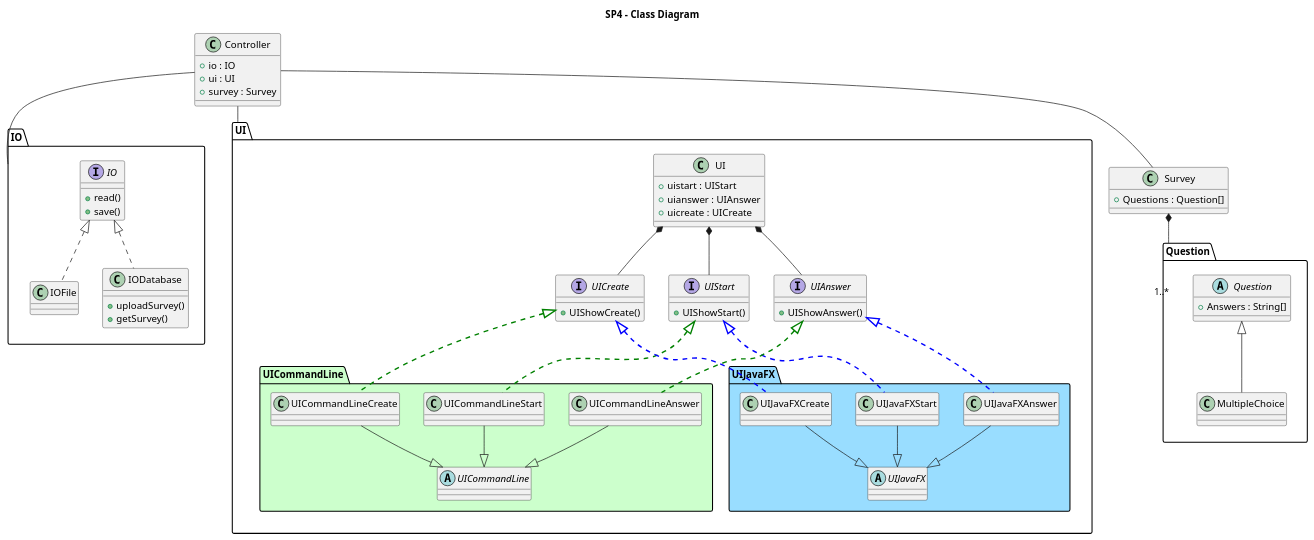
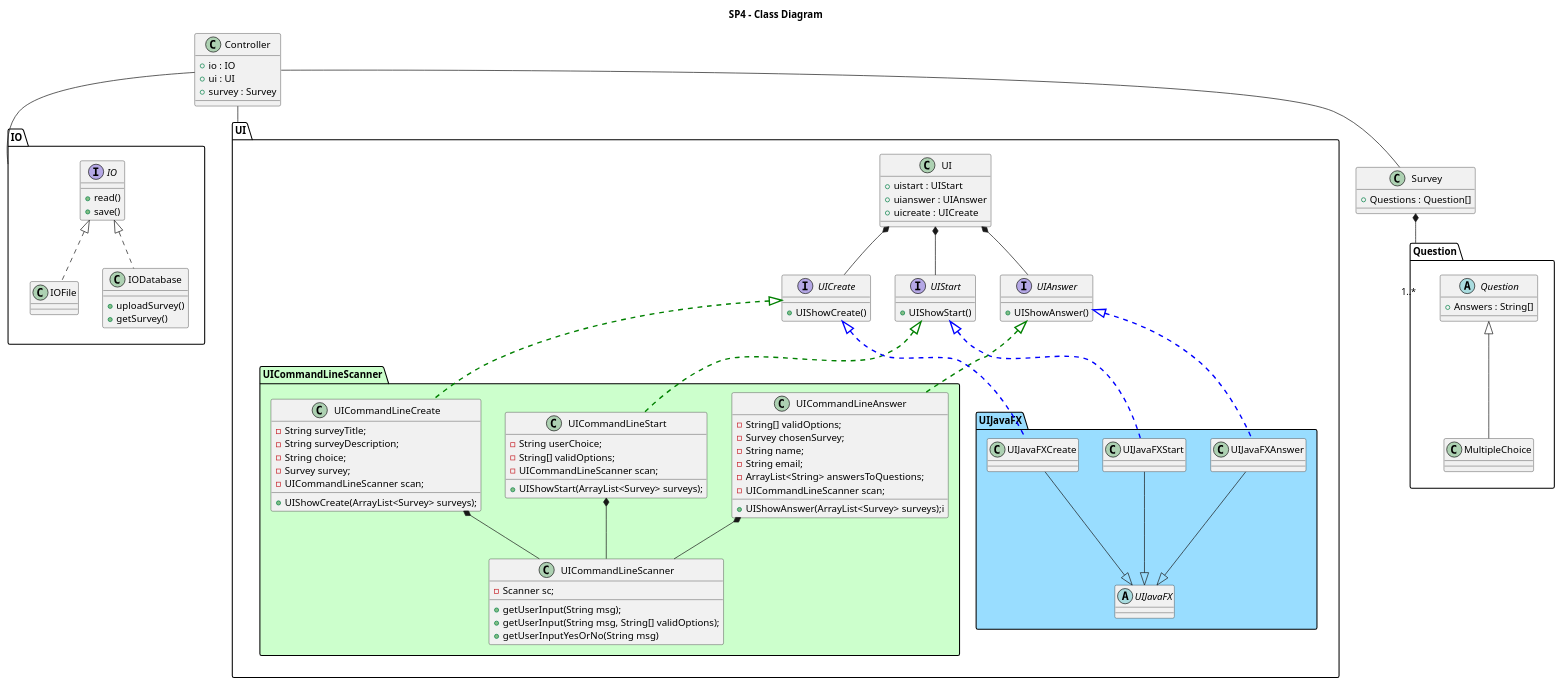
The diagram in doc/Class Diagram.puml (DeRp-DaWg/SP4), drawn with PlantUML before and after one commit. The commit also changed 2 other files, not shown here.

Commit message:
UICommandLine 3. iteration

```diff
--- a/doc/Class Diagram.puml
+++ b/doc/Class Diagram.puml
@@ -1,112 +1,137 @@
     @startuml
 'https://plantuml.com/class-diagram
 title SP4 - Class Diagram
 
 package Question {
     abstract class Question {
         + Answers : String[]
     }
 
     class MultipleChoice {
     }
 
     'class CheckboxChoice {'
     '}'
 
     Question <|-- MultipleChoice
     'Question <|-- CheckboxChoice'
 }
 
 class Survey {
     + Questions : Question[]
 }
 
 Survey *--"1..*" Question
 
 
 package IO {
     interface IO {
         + read()
         + save()
     }
 
     class IOFile {
     }
 
     class IODatabase {
         + uploadSurvey()
         + getSurvey()
     }
 
     IO <|.. IOFile
     IO <|.. IODatabase
 }
 
 package UI {
     class UI {
         + uistart : UIStart
         + uianswer : UIAnswer
         + uicreate : UICreate
     }
 
     interface UIStart {
         + UIShowStart()
     }
 
     interface UIAnswer {
         + UIShowAnswer()
     }
 
     interface UICreate {
         + UIShowCreate()
     }
 
     UI *-- UIStart
     UI *-- UIAnswer
     UI *-- UICreate
-    package UICommandLine #CCFFCC {
-        abstract class UICommandLine {
+    package UICommandLineScanner #CCFFCC {
+        class UICommandLineScanner {
+        -Scanner sc;
+
+        +getUserInput(String msg);
+        +getUserInput(String msg, String[] validOptions);
+        +getUserInputYesOrNo(String msg)
+
         }
         class UICommandLineStart {
+        -String userChoice;
+        -String[] validOptions;
+        -UICommandLineScanner scan;
+
+        +UIShowStart(ArrayList<Survey> surveys);
         }
         class UICommandLineAnswer {
+             -String[] validOptions;
+             -Survey chosenSurvey;
+             -String name;
+             -String email;
+             -ArrayList<String> answersToQuestions;
+             -UICommandLineScanner scan;
+             +UIShowAnswer(ArrayList<Survey> surveys);i
+
         }
         class UICommandLineCreate {
+               -String surveyTitle;
+               -String surveyDescription;
+                    -String choice;
+                    -Survey survey;
+                    -UICommandLineScanner scan;
+                    +UIShowCreate(ArrayList<Survey> surveys);
         }
-        UICommandLineStart --|> UICommandLine
-        UICommandLineAnswer --|> UICommandLine
-        UICommandLineCreate --|> UICommandLine
+        UICommandLineStart *-- UICommandLineScanner
+        UICommandLineAnswer *-- UICommandLineScanner
+        UICommandLineCreate *-- UICommandLineScanner
     }
     package UIJavaFX #99DDFF {
         abstract class UIJavaFX {
         }
         class UIJavaFXStart {
         }
         class UIJavaFXAnswer {
         }
         class UIJavaFXCreate {
         }
         UIJavaFXStart --|> UIJavaFX
         UIJavaFXAnswer --|> UIJavaFX
         UIJavaFXCreate --|> UIJavaFX
     }
     UIStart <|..[#green,thickness=2] UICommandLineStart
     UIStart <|..[#blue,thickness=2] UIJavaFXStart
     UIAnswer <|..[#green,thickness=2] UICommandLineAnswer
     UIAnswer <|..[#blue,thickness=2] UIJavaFXAnswer
     UICreate <|..[#green,thickness=2] UICommandLineCreate
     UICreate <|..[#blue,thickness=2] UIJavaFXCreate
 }
 
 class Controller {
     + io : IO
     + ui : UI
     + survey : Survey
 }
 
 Controller -- Survey
 Controller -- IO
 Controller -- UI
 
 
 @enduml
```
